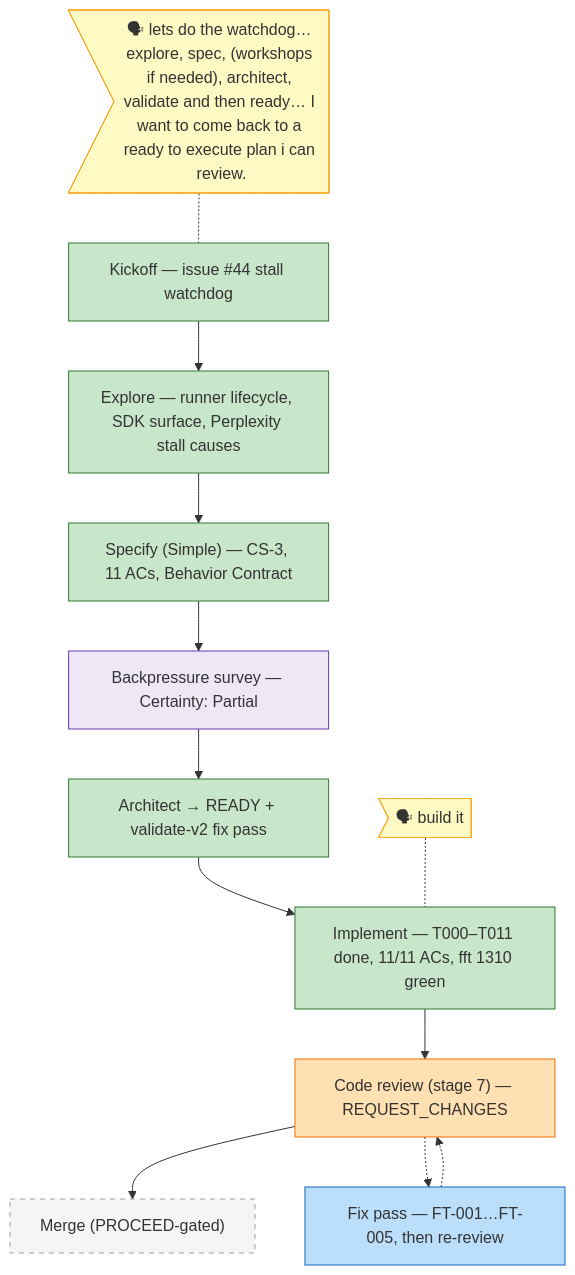
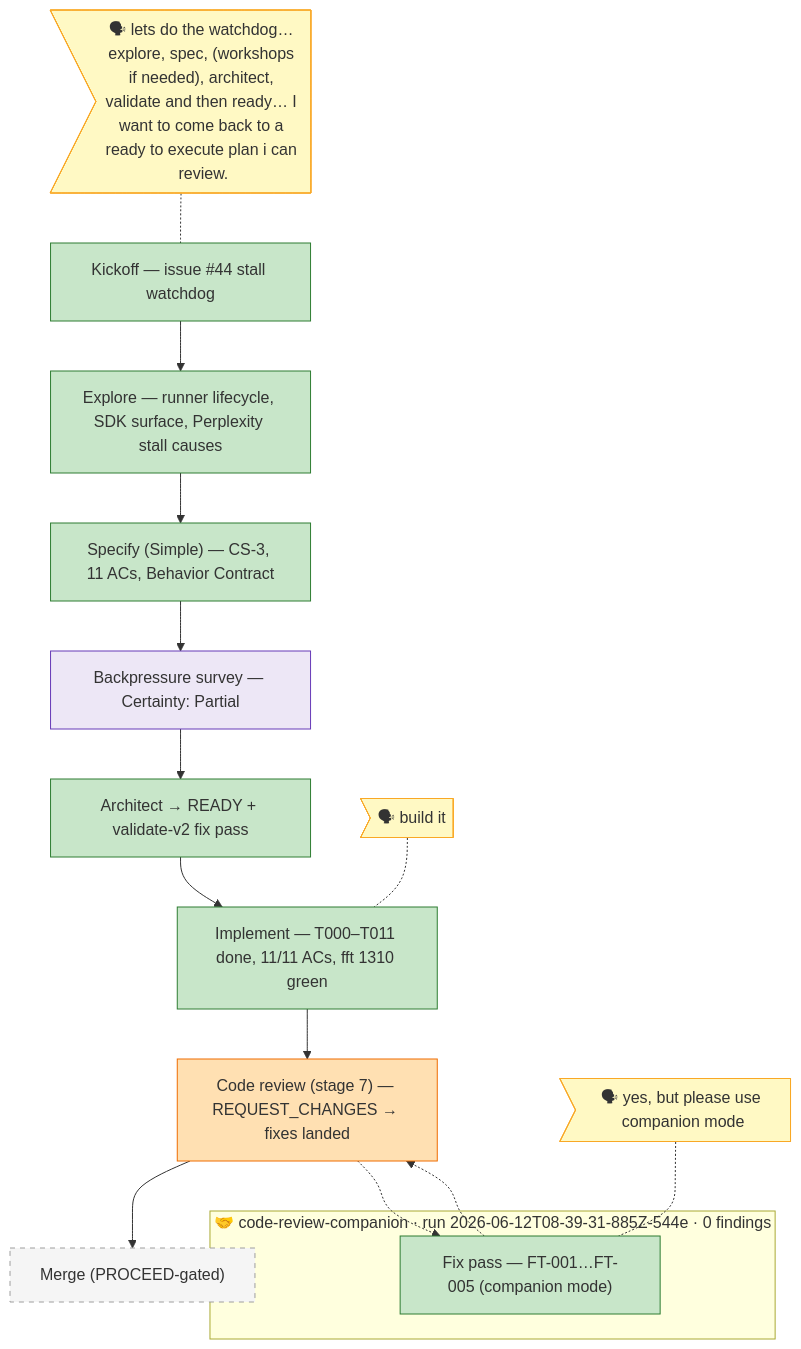
The diagram in docs/plans/026-stall-watchdog/the-flow.md (AI-Substrate/minih), drawn with Mermaid before and after one commit. The commit also changed other lines of this file and 5 other files, not shown here.

Commit message:
docs(plan): companion debrief, flow state, fix-tasks disposition (026 fix pass close-out)

````diff
--- a/docs/plans/026-stall-watchdog/the-flow.md
+++ b/docs/plans/026-stall-watchdog/the-flow.md
@@ -5,28 +5,34 @@
 ```mermaid
 flowchart TD
     classDef done fill:#C8E6C9,stroke:#2E7D32
     classDef wip fill:#FFE0B2,stroke:#EF6C00
     classDef blocked fill:#FFCDD2,stroke:#C62828
     classDef known fill:#BBDEFB,stroke:#1565C0
     classDef assumed fill:#F5F5F5,stroke:#9E9E9E,stroke-dasharray: 5 5
     classDef said fill:#FFF9C4,stroke:#F9A825
     classDef harness fill:#EDE7F6,stroke:#673AB7
+    classDef companion fill:#E0F7FA,stroke:#00838F
 
     start["Kickoff — issue #44 stall watchdog"]:::done
     research["Explore — runner lifecycle, SDK surface, Perplexity stall causes"]:::done
     spec["Specify (Simple) — CS-3, 11 ACs, Behavior Contract"]:::done
     backpressure["Backpressure survey — Certainty: Partial"]:::harness
     plan["Architect → READY + validate-v2 fix pass"]:::done
     build["Implement — T000–T011 done, 11/11 ACs, fft 1310 green"]:::done
-    review["Code review (stage 7) — REQUEST_CHANGES"]:::wip
-    fix1["Fix pass — FT-001…FT-005, then re-review"]:::known
+    review["Code review (stage 7) — REQUEST_CHANGES → fixes landed"]:::wip
     merge["Merge (PROCEED-gated)"]:::assumed
+
+    subgraph companion1["🤝 code-review-companion · run 2026-06-12T08-39-31-885Z-544e · 0 findings"]
+        fix1["Fix pass — FT-001…FT-005 (companion mode)"]:::done
+    end
 
     start --> research --> spec --> backpressure --> plan --> build --> review --> merge
     review -.-> fix1 -.-> review
 
     said_start>"🗣 lets do the watchdog… explore, spec, (workshops if needed), architect, validate and then ready… I want to come back to a ready to execute plan i can review."]:::said
     said_start -.- start
     said_build>"🗣 build it"]:::said
     said_build -.- build
+    said_fix>"🗣 yes, but please use companion mode"]:::said
+    said_fix -.- fix1
 ```
````
